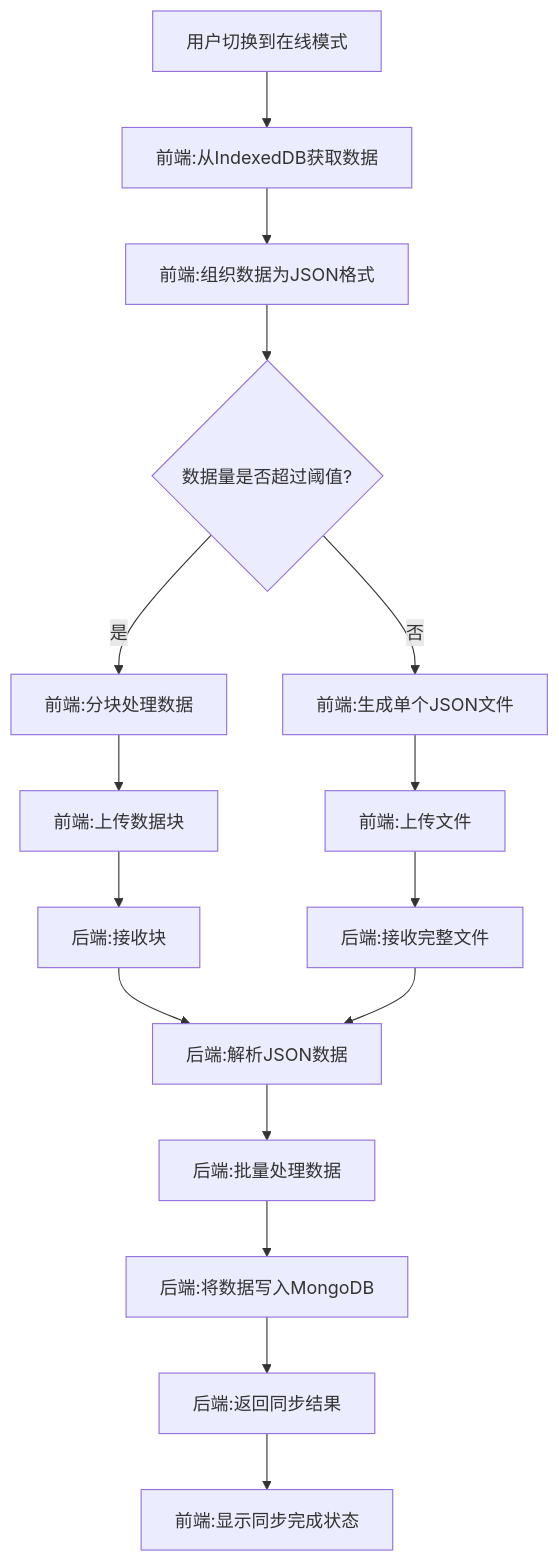
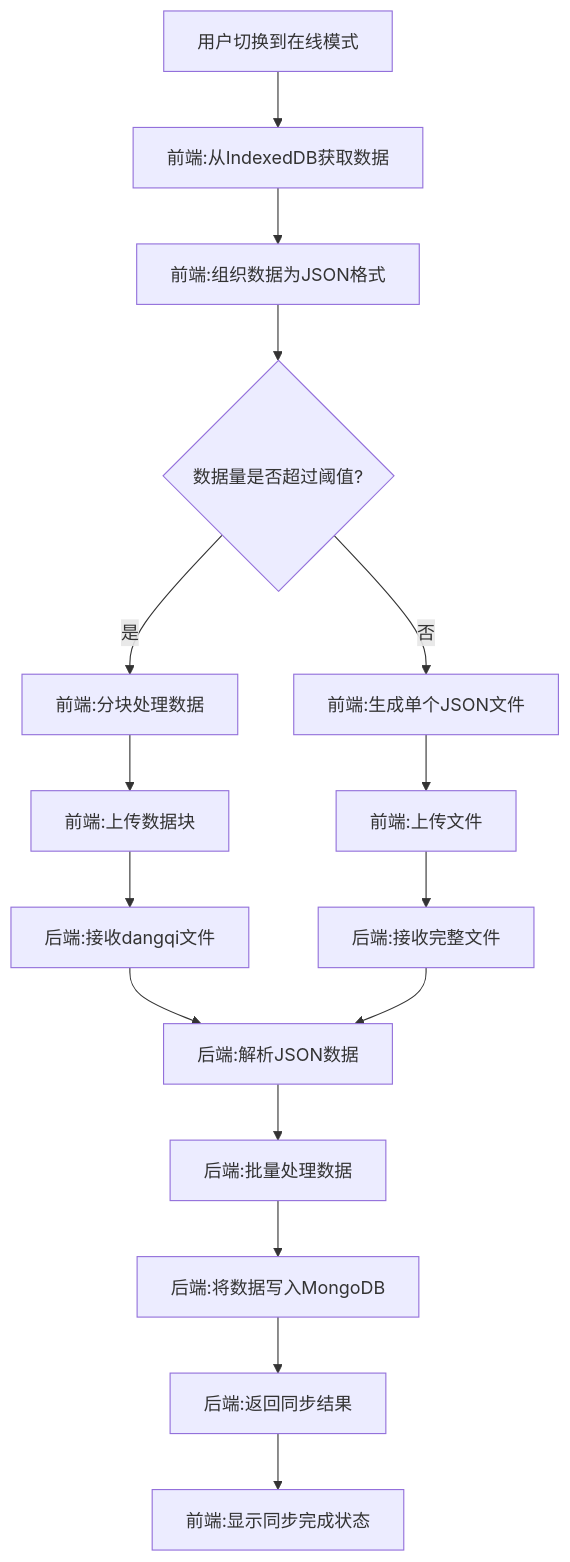
The diagram in all/未命名-60.md (yingjianzh/iodraw-files), drawn with Mermaid before and after one commit.

Commit message:
2025-05-15 10:02:49 update

````diff
--- a/all/未命名-60.md
+++ b/all/未命名-60.md
@@ -1,21 +1,21 @@
 ```mermaid
 
 flowchart TD
     A[用户切换到在线模式] --> B[前端:从IndexedDB获取数据]
     B --> C[前端:组织数据为JSON格式]
     C --> D{数据量是否超过阈值?}
     D -->|是| E[前端:分块处理数据]
     D -->|否| F[前端:生成单个JSON文件]
     E --> G[前端:上传数据块]
     F --> H[前端:上传文件]
-    G --> I[后端:接收块]
+    G --> I[后端:接收dangqi文件]
     H --> J[后端:接收完整文件]
     I --> K[后端:解析JSON数据]
     J --> K
     K --> L[后端:批量处理数据]
     L --> M[后端:将数据写入MongoDB]
     M --> N[后端:返回同步结果]
     N --> O[前端:显示同步完成状态]
 
 
 ```
````
